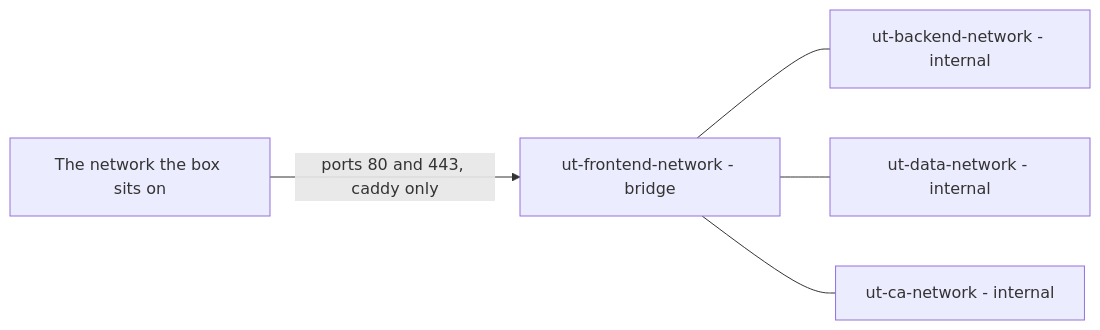
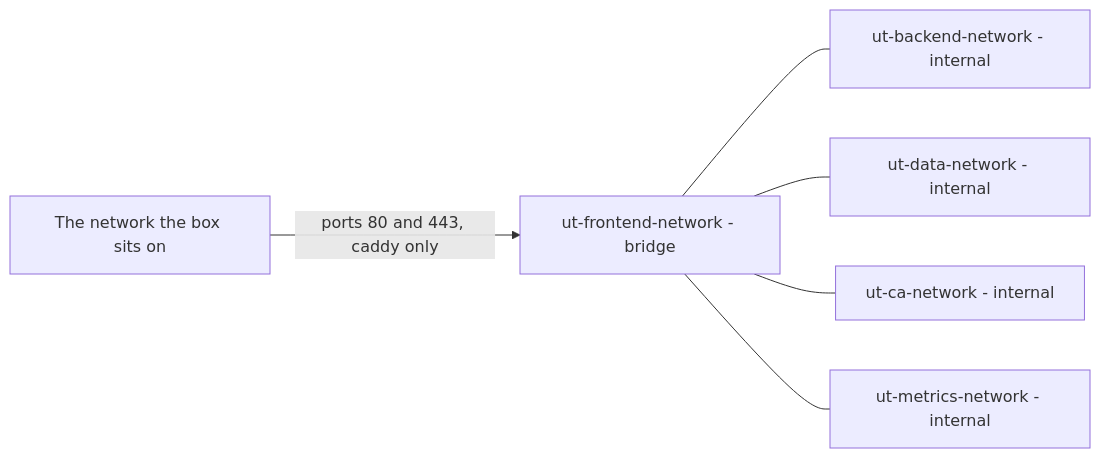
One commit to understand-tech/ai-in-a-box changed the second of 2 diagrams in docs/architecture.md. Above: the diagram before and after it, drawn with Mermaid. The commit also changed other lines of this file and 9 other files, not shown here.

````diff
--- a/docs/architecture.md
+++ b/docs/architecture.md
@@ -60,12 +60,14 @@
 ```mermaid
 flowchart LR
     OUTSIDE["The network the box sits on"]
     FRONT["ut-frontend-network - bridge"]
     BACK["ut-backend-network - internal"]
     DATA["ut-data-network - internal"]
     CA["ut-ca-network - internal"]
+    METRICS["ut-metrics-network - internal"]
     OUTSIDE -->|"ports 80 and 443, caddy only"| FRONT
     FRONT --- BACK
     FRONT --- DATA
     FRONT --- CA
+    FRONT --- METRICS
 ```
````
